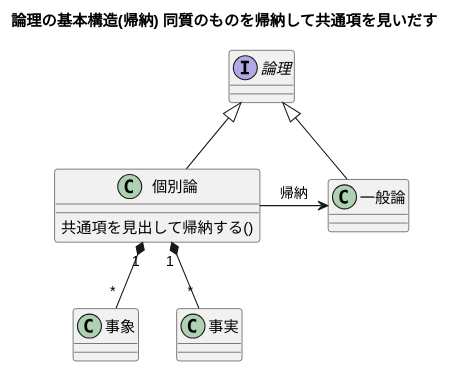
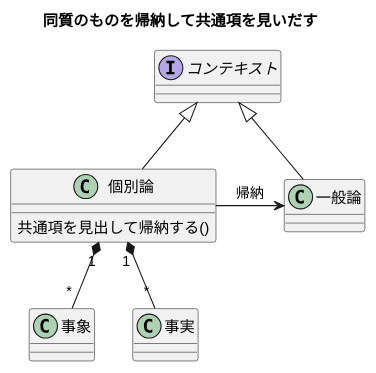
Before and after one commit to k2works/pragmatic-presentation-exercise-2024: diagram 11 of 19 in docs/slides/episode03.md, drawn with PlantUML. The commit also changed other lines of this file, not shown here.

````diff
--- a/docs/slides/episode03.md
+++ b/docs/slides/episode03.md
@@ -263,27 +381,27 @@
 ```plantuml
 @startuml
 
-title 論理の基本構造(帰納) 同質のものを帰納して共通項を見いだす
+title 同質のものを帰納して共通項を見いだす
 
-interface "論理" as A 
+interface "コンテキスト" as A 
 
 class "一般論" as B
 
 class "個別論" as C {
   共通項を見出して帰納する()
 }
 
 class "事象" as D
 
 class "事実" as E
 
 A <|-- B
 A <|-- C
 C -> B : 帰納
 
 C "1" *-- "*" D 
 
 C "1" *-- "*" E 
 
 @enduml
 ```
````
